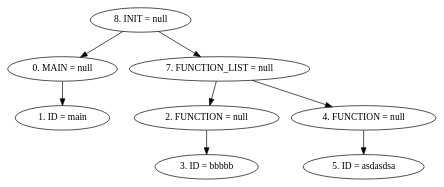
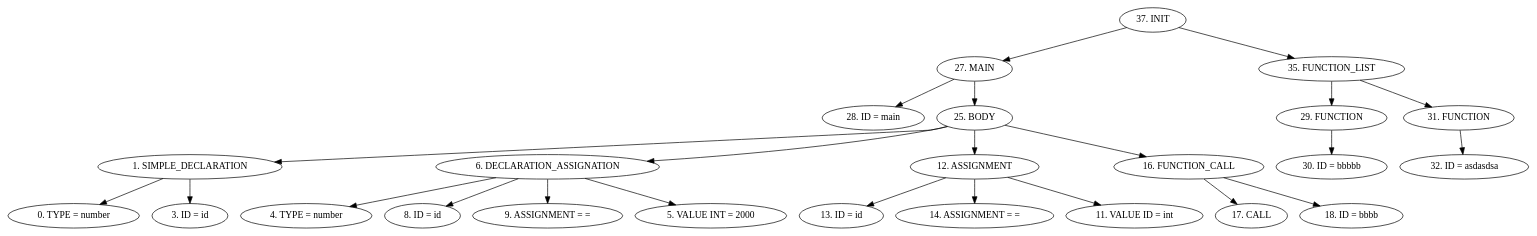
One commit to Carlosvhz/compiladores_proyecto changed the diagram in src/AST/AST.dot. Above: the diagram before and after it, drawn with Graphviz. The commit also changed 8 other files, not shown here.

```diff
--- a/src/AST/AST.dot
+++ b/src/AST/AST.dot
@@ -1,11 +1,27 @@
 digraph G {
-"8. INIT = null"->"0. MAIN = null"
-"0. MAIN = null"->"1. ID = main"
-"8. INIT = null"->"7. FUNCTION_LIST = null"
-"7. FUNCTION_LIST = null"->"2. FUNCTION = null"
-"2. FUNCTION = null"->"3. ID = bbbbb"
-"7. FUNCTION_LIST = null"->"4. FUNCTION = null"
-"4. FUNCTION = null"->"5. ID = asdasdsa"
+"37. INIT"->"27. MAIN"
+"27. MAIN"->"28. ID = main"
+"27. MAIN"->"25. BODY"
+"25. BODY"->"1. SIMPLE_DECLARATION"
+"1. SIMPLE_DECLARATION"->"0. TYPE = number"
+"1. SIMPLE_DECLARATION"->"3. ID = id"
+"25. BODY"->"6. DECLARATION_ASSIGNATION"
+"6. DECLARATION_ASSIGNATION"->"4. TYPE = number"
+"6. DECLARATION_ASSIGNATION"->"8. ID = id"
+"6. DECLARATION_ASSIGNATION"->"9. ASSIGNMENT = ="
+"6. DECLARATION_ASSIGNATION"->"5. VALUE INT = 2000"
+"25. BODY"->"12. ASSIGNMENT"
+"12. ASSIGNMENT"->"13. ID = id"
+"12. ASSIGNMENT"->"14. ASSIGNMENT = ="
+"12. ASSIGNMENT"->"11. VALUE ID = int"
+"25. BODY"->"16. FUNCTION_CALL"
+"16. FUNCTION_CALL"->"17. CALL"
+"16. FUNCTION_CALL"->"18. ID = bbbb"
+"37. INIT"->"35. FUNCTION_LIST"
+"35. FUNCTION_LIST"->"29. FUNCTION"
+"29. FUNCTION"->"30. ID = bbbbb"
+"35. FUNCTION_LIST"->"31. FUNCTION"
+"31. FUNCTION"->"32. ID = asdasdsa"
 
 
 }
```
